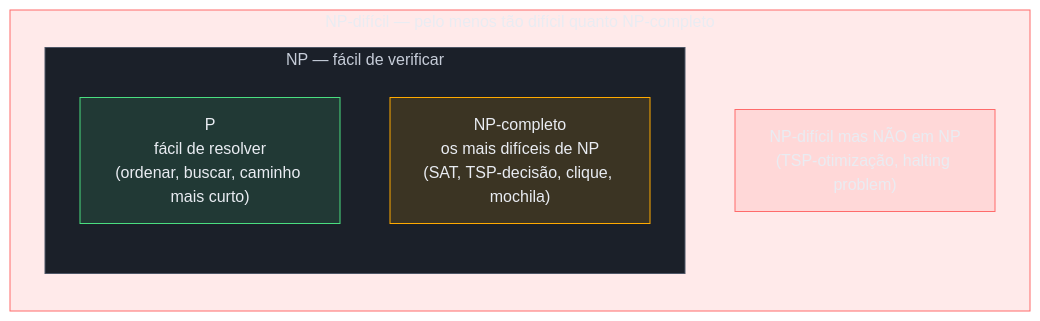
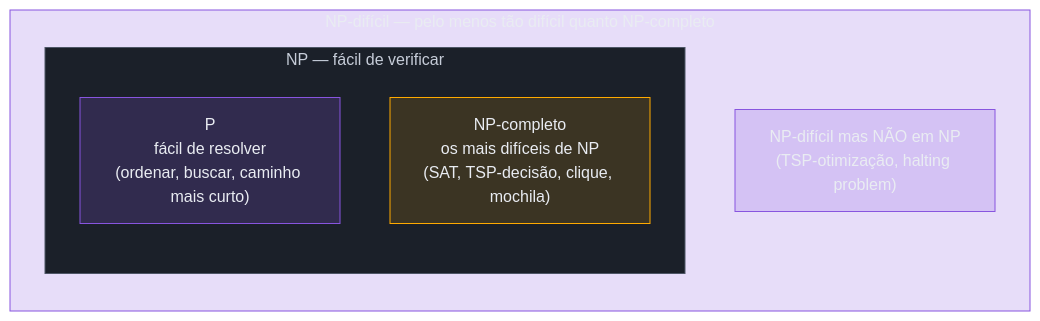
One commit to josenaldo/codex-technomanticus changed the third of 5 diagrams in 03-Dominios/Ciência/Algoritmos/13 - Intratabilidade.md. Above: the diagram before and after it, drawn with Mermaid. The commit also changed other lines of this file and 601 other files, not shown here.

````diff
--- a/03-Dominios/Ciência/Algoritmos/13 - Intratabilidade.md
+++ b/03-Dominios/Ciência/Algoritmos/13 - Intratabilidade.md
@@ -180,22 +180,21 @@
 ```mermaid
 flowchart TD
-    classDef ok fill:#4ADE8021,stroke:#4ADE80,color:#E9ECF2
+    classDef marca fill:#8855DF33,stroke:#8855DF,color:#E9ECF2
     classDef destaque fill:#FFAA0024,stroke:#FFAA00,color:#E9ECF2
-    classDef falha fill:#FF6B6B24,stroke:#FF6B6B,color:#E9ECF2
     classDef neutro fill:#1B2029,stroke:#4E5666,color:#C6CCD8
     subgraph NPhard["NP-difícil — pelo menos tão difícil quanto NP-completo"]
         direction TB
         subgraph NP["NP — fácil de verificar"]
             direction TB
             P["P\nfácil de resolver\n(ordenar, buscar, caminho mais curto)"]
             NPC["NP-completo\nos mais difíceis de NP\n(SAT, TSP-decisão, clique, mochila)"]
         end
         FORA["NP-difícil mas NÃO em NP\n(TSP-otimização, halting problem)"]
     end
 
-    class P ok
+    class P marca
     class NPC destaque
-    class FORA falha
+    class FORA marca
     class NP neutro
-    class NPhard falha
+    class NPhard marca
 ```
````
